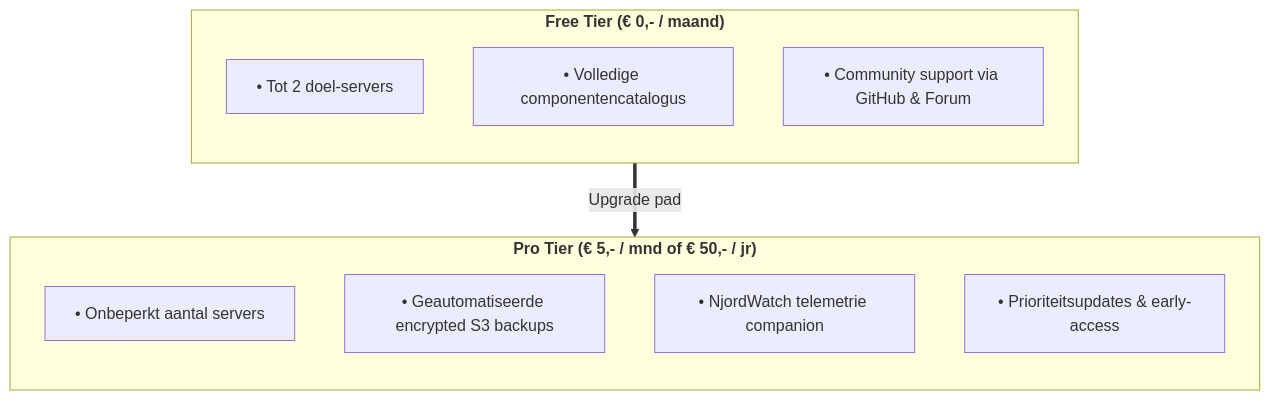
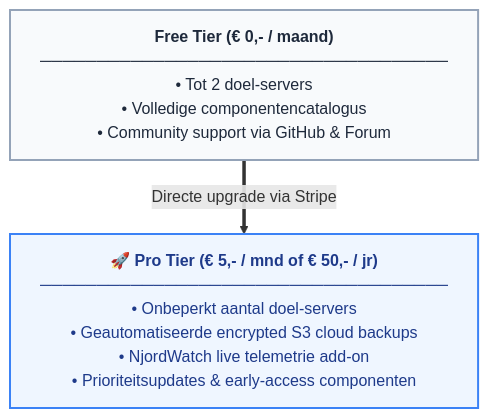
The second of 3 diagrams in docs/COMMERCIELE_ROADMAP_EN_GO_TO_MARKET.md (HenkVanHoek/njord-deploy), drawn with Mermaid before and after one commit.

Commit message:
docs(commercial): vervang subgraphs door compacte gestylede cards tegen PDF clipping

````diff
--- a/docs/COMMERCIELE_ROADMAP_EN_GO_TO_MARKET.md
+++ b/docs/COMMERCIELE_ROADMAP_EN_GO_TO_MARKET.md
@@ -65,19 +65,11 @@
 ```mermaid
 flowchart TD
-    subgraph S1["<b>Free Tier (€ 0,- / maand)</b>"]
-        direction TB
-        F1["• Tot 2 doel-servers"]
-        F2["• Volledige componentencatalogus"]
-        F3["• Community support via GitHub & Forum"]
-    end
+    S1["<b>Free Tier (€ 0,- / maand)</b><br/>────────────────────────────────────<br/>• Tot 2 doel-servers<br/>• Volledige componentencatalogus<br/>• Community support via GitHub & Forum"]
 
-    subgraph S2["<b>Pro Tier (€ 5,- / mnd of € 50,- / jr)</b>"]
-        direction TB
-        P1["• Onbeperkt aantal servers"]
-        P2["• Geautomatiseerde encrypted S3 backups"]
-        P3["• NjordWatch telemetrie companion"]
-        P4["• Prioriteitsupdates & early-access"]
-    end
+    S2["<b>🚀 Pro Tier (€ 5,- / mnd of € 50,- / jr)</b><br/>────────────────────────────────────<br/>• Onbeperkt aantal doel-servers<br/>• Geautomatiseerde encrypted S3 cloud backups<br/>• NjordWatch live telemetrie add-on<br/>• Prioriteitsupdates & early-access componenten"]
 
-    S1 ==>|Upgrade pad| S2
+    S1 ==>|Directe upgrade via Stripe| S2
+
+    style S1 fill:#f8fafc,stroke:#94a3b8,stroke-width:2px,color:#1e293b
+    style S2 fill:#eff6ff,stroke:#3b82f6,stroke-width:2px,color:#1e3a8a
 ```
````
